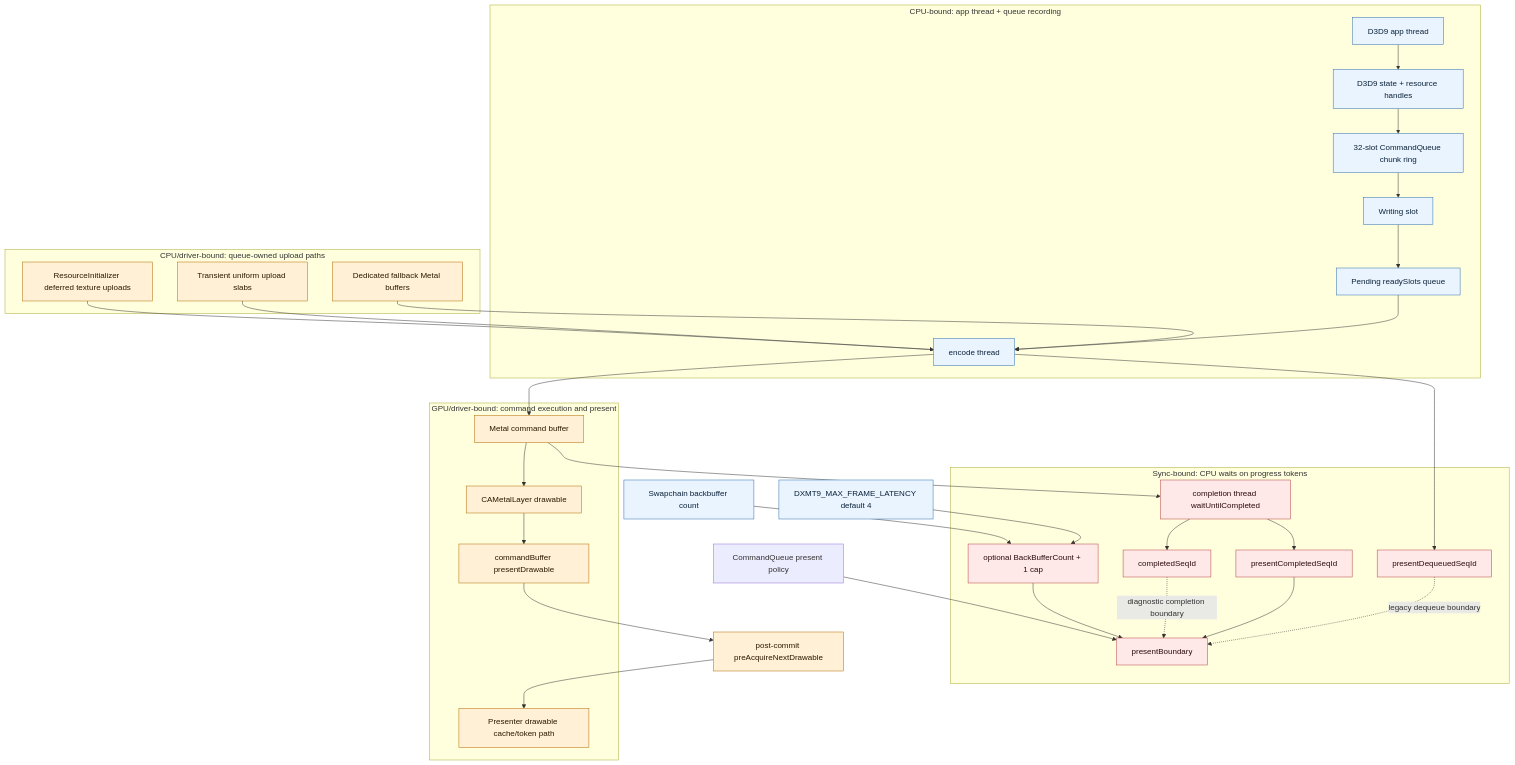
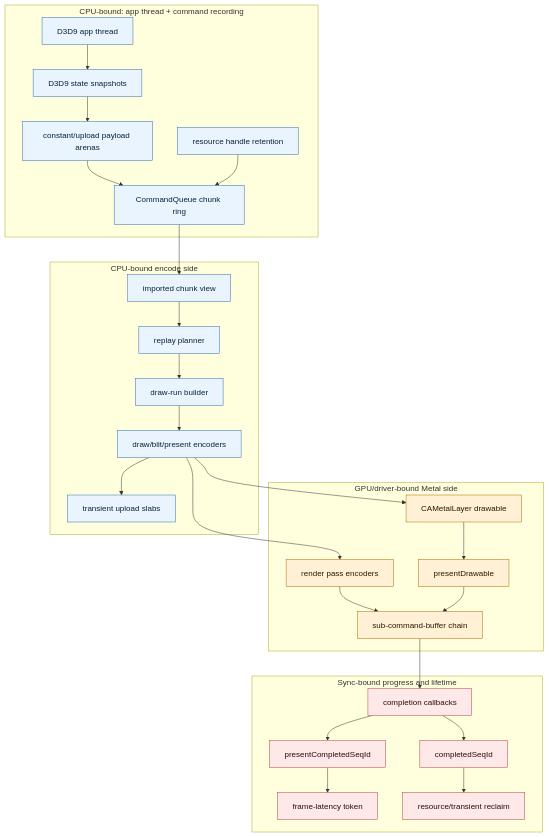
One commit to dfdgsdfg/dxmt9 changed the fourth of 11 diagrams in docs/perfomance-bottleneck.md. Above: the diagram before and after it, drawn with Mermaid. The commit also changed other lines of this file, not shown here.

````diff
--- a/docs/perfomance-bottleneck.md
+++ b/docs/perfomance-bottleneck.md
@@ -151,70 +171,49 @@
 ```mermaid
 flowchart TD
-  subgraph CPURecord["CPU-bound: app thread + queue recording"]
+  subgraph CPURecord["CPU-bound: app thread + command recording"]
     App[D3D9 app thread]
-    CoreState[D3D9 state + resource handles]
-    ChunkRing[32-slot CommandQueue chunk ring]
-    Writing[Writing slot]
-    Pending[Pending readySlots queue]
-    EncodeThread[encode thread]
+    State[D3D9 state snapshots]
+    Payloads[constant/upload payload arenas]
+    Handles[resource handle retention]
+    ChunkRing[CommandQueue chunk ring]
   end
 
-  subgraph Uploads["CPU/driver-bound: queue-owned upload paths"]
-    Initializer[ResourceInitializer deferred texture uploads]
-    Transient[Transient uniform upload slabs]
-    Dedicated[Dedicated fallback Metal buffers]
+  subgraph EncodeSide["CPU-bound encode side"]
+    Import[imported chunk view]
+    Planner[replay planner]
+    DrawRun[draw-run builder]
+    Encoders[draw/blit/present encoders]
+    Transient[transient upload slabs]
   end
 
-  subgraph GPUDriver["GPU/driver-bound: command execution and present"]
-    CommandBuffer[Metal command buffer]
+  subgraph GPUDriver["GPU/driver-bound Metal side"]
+    Pass[render pass encoders]
+    CBChain[sub-command-buffer chain]
     Drawable[CAMetalLayer drawable]
-    Present[commandBuffer presentDrawable]
-    Presenter[Presenter drawable cache/token path]
+    Present[presentDrawable]
   end
 
-  subgraph SyncWait["Sync-bound: CPU waits on progress tokens"]
-    Completion[completion thread waitUntilCompleted]
-    Completed[completedSeqId]
-    PresentCompleted[presentCompletedSeqId]
-    Boundary[presentBoundary]
-    Dequeued[presentDequeuedSeqId]
-    Cap[optional BackBufferCount + 1 cap]
+  subgraph SyncWait["Sync-bound progress and lifetime"]
+    Completion[completion callbacks]
+    CompletedSeq[completedSeqId]
+    PresentSeq[presentCompletedSeqId]
+    Token[frame-latency token]
+    Reclaim[resource/transient reclaim]
   end
 
-  App --> CoreState
-  CoreState --> ChunkRing
-  ChunkRing --> Writing
-  Writing --> Pending
-  Pending --> EncodeThread
-
-  Initializer --> EncodeThread
-  Transient --> EncodeThread
-  Dedicated --> EncodeThread
-
-  EncodeThread --> CommandBuffer
-  CommandBuffer --> Drawable
-  Drawable --> Present
-  CommandBuffer --> Completion
-  Completion --> Completed
-  Completion --> PresentCompleted
-
-  Present --> PreAcquire[post-commit preAcquireNextDrawable]
-  PreAcquire --> Presenter
-
-  CommandQueue[CommandQueue present policy] --> Boundary
-  Completed -. diagnostic completion boundary .-> Boundary
-  PresentCompleted --> Boundary
-  EncodeThread --> Dequeued
-  Dequeued -. legacy dequeue boundary .-> Boundary
-
-  BackBuffers[Swapchain backbuffer count] --> Cap
-  MaxLatency[DXMT9_MAX_FRAME_LATENCY default 4] --> Cap
-  Cap --> Boundary
+  App --> State --> Payloads --> ChunkRing
+  Handles --> ChunkRing
+  ChunkRing --> Import --> Planner --> DrawRun --> Encoders
+  Encoders --> Transient
+  Encoders --> Pass --> CBChain
+  Encoders --> Drawable --> Present --> CBChain
+  CBChain --> Completion --> CompletedSeq --> Reclaim
+  Completion --> PresentSeq --> Token
 
   classDef cpu fill:#eaf4ff,stroke:#2f6fad,color:#0b2239
   classDef gpu fill:#fff0d6,stroke:#b26b00,color:#2b1900
   classDef sync fill:#ffe8e8,stroke:#b64242,color:#2b0d0d
-  class App,CoreState,ChunkRing,Writing,Pending,EncodeThread,Device,BackBuffers,MaxLatency cpu
-  class Initializer,Transient,Dedicated,CommandBuffer,Drawable,Present,Presenter,PreAcquire gpu
-  class Completion,Completed,PresentCompleted,Boundary,Dequeued,Cap sync
+  class App,State,Payloads,Handles,ChunkRing,Import,Planner,DrawRun,Encoders,Transient cpu
+  class Pass,CBChain,Drawable,Present gpu
+  class Completion,CompletedSeq,PresentSeq,Token,Reclaim sync
 ```
````
